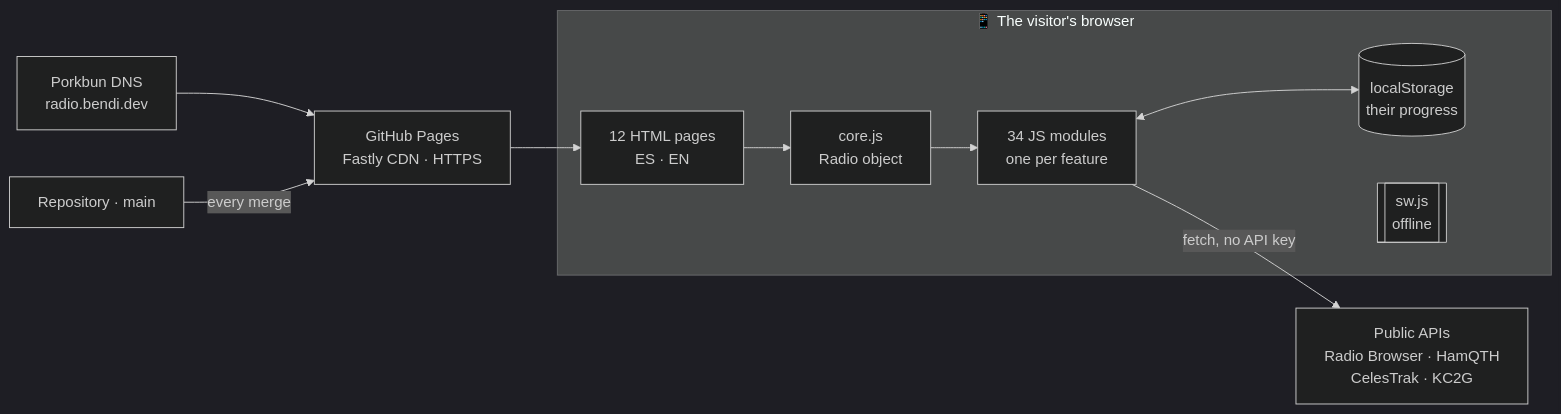
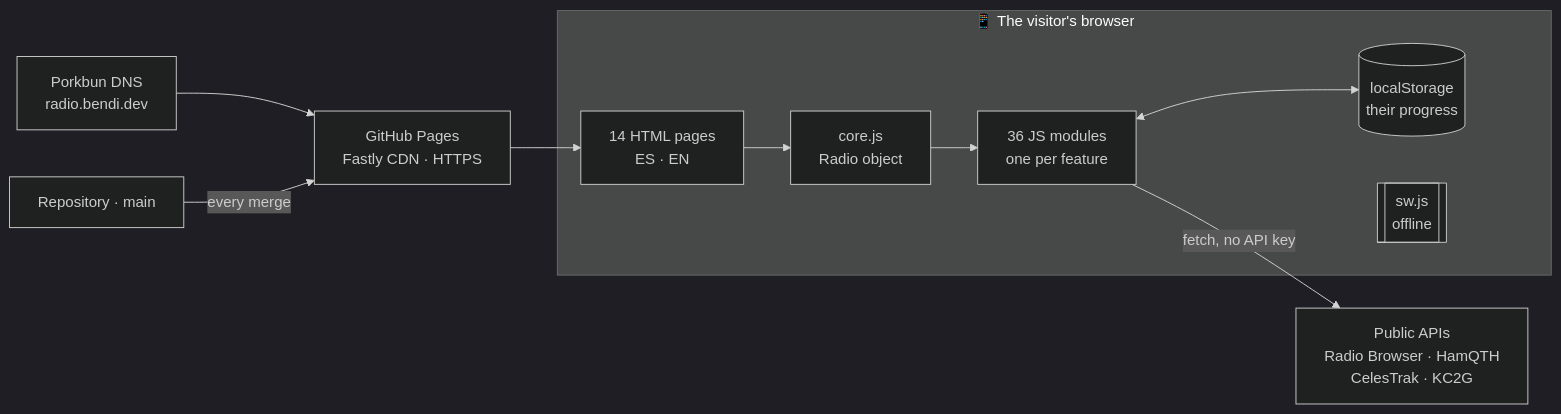
Before and after one commit to serbenda/radio: the diagram in README.en.md, drawn with Mermaid (dark theme). The commit also changed other lines of this file and 42 other files, not shown here.

````diff
--- a/README.en.md
+++ b/README.en.md
@@ -94,13 +99,13 @@
 ```mermaid
 flowchart LR
   subgraph Person["📱 The visitor's browser"]
-    H[12 HTML pages<br/>ES · EN] --> C[core.js<br/>Radio object]
-    C --> M[34 JS modules<br/>one per feature]
+    H[14 HTML pages<br/>ES · EN] --> C[core.js<br/>Radio object]
+    C --> M[36 JS modules<br/>one per feature]
     M <--> L[(localStorage<br/>their progress)]
     S[[sw.js<br/>offline]]
   end
   M -- fetch, no API key --> X[Public APIs<br/>Radio Browser · HamQTH<br/>CelesTrak · KC2G]
   DNS[Porkbun DNS<br/>radio.bendi.dev] --> P[GitHub Pages<br/>Fastly CDN · HTTPS]
   P --> H
   G[Repository · main] -- every merge --> P
 ```
````
